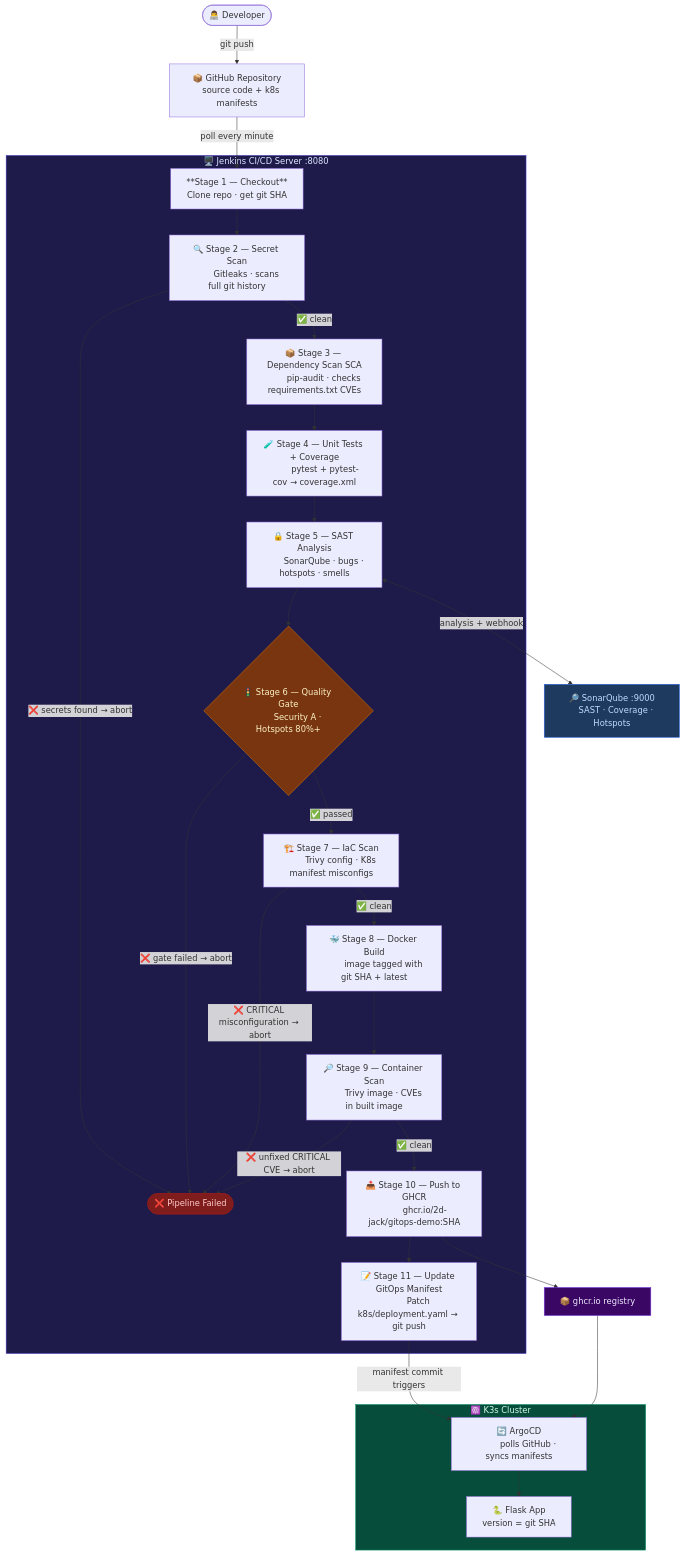
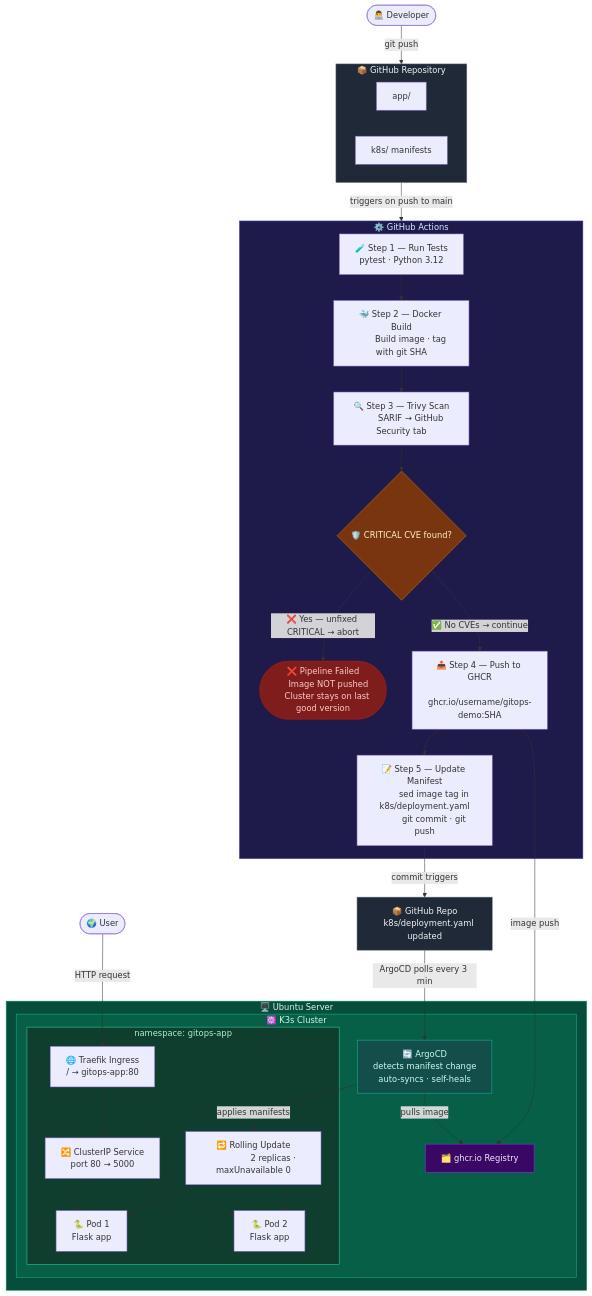
One commit to 2d-jack/gitops-demo changed the diagram in README.md. Above: the diagram before and after it, drawn with Mermaid. The commit also changed other lines of this file, not shown here.

Commit message:
Refactor README for DevOps terminology and flowchart

````diff
--- a/README.md
+++ b/README.md
@@ -6,94 +6,94 @@
     DEV([👨‍💻 Developer])
     DEV -->|git push| GH
 
-    GH["📦 GitHub Repository
-    source code + k8s manifests"]
-
-    GH -->|poll every minute| J1
-
-    subgraph JENKINS ["🖥️ Jenkins CI/CD Server :8080"]
-        J1["**Stage 1 — Checkout**
-        Clone repo · get git SHA"]
-
-        J1 --> J2
-
-        J2["🔍 Stage 2 — Secret Scan
-        Gitleaks · scans full git history"]
-
-        J2 -->|❌ secrets found → abort| FAIL
-        J2 -->|✅ clean| J3
-
-        J3["📦 Stage 3 — Dependency Scan SCA
-        pip-audit · checks requirements.txt CVEs"]
-
-        J3 --> J4
-
-        J4["🧪 Stage 4 — Unit Tests + Coverage
-        pytest + pytest-cov → coverage.xml"]
-
-        J4 --> J5
-
-        J5["🔒 Stage 5 — SAST Analysis
-        SonarQube · bugs · hotspots · smells"]
-
-        J5 --> J6
-
-        J6{"🚦 Stage 6 — Quality Gate
-        Security A · Hotspots 80%+"}
-
-        J6 -->|❌ gate failed → abort| FAIL
-        J6 -->|✅ passed| J7
-
-        J7["🏗️ Stage 7 — IaC Scan
-        Trivy config · K8s manifest misconfigs"]
-
-        J7 -->|❌ CRITICAL misconfiguration → abort| FAIL
-        J7 -->|✅ clean| J8
-
-        J8["🐳 Stage 8 — Docker Build
-        image tagged with git SHA + latest"]
-
-        J8 --> J9
-
-        J9["🔎 Stage 9 — Container Scan
-        Trivy image · CVEs in built image"]
-
-        J9 -->|❌ unfixed CRITICAL CVE → abort| FAIL
-        J9 -->|✅ clean| J10
-
-        J10["📤 Stage 10 — Push to GHCR
-        ghcr.io/2d-jack/gitops-demo:SHA"]
-
-        J10 --> J11
-
-        J11["📝 Stage 11 — Update GitOps Manifest
-        Patch k8s/deployment.yaml → git push"]
+    subgraph GH ["📦 GitHub Repository"]
+        APP["app/"]
+        K8S["k8s/ manifests"]
     end
 
-    FAIL(["❌ Pipeline Failed"])
+    GH -->|triggers on push to main| CI
 
-    J5 <-->|analysis + webhook| SQ
+    subgraph CI ["⚙️ GitHub Actions"]
+        S1["🧪 Step 1 — Run Tests
+        pytest · Python 3.12"]
 
-    SQ["🔎 SonarQube :9000
-    SAST · Coverage · Hotspots"]
+        S1 --> S2
 
-    J11 -->|manifest commit triggers| ARGO
+        S2["🐳 Step 2 — Docker Build
+        Build image · tag with git SHA"]
 
-    subgraph K3S ["☸️ K3s Cluster"]
-        ARGO["🔄 ArgoCD
-        polls GitHub · syncs manifests"]
-        ARGO --> APP
-        APP["🐍 Flask App
-        version = git SHA"]
+        S2 --> S3
+
+        S3["🔍 Step 3 — Trivy Scan
+        SARIF → GitHub Security tab"]
+
+        S3 --> S4
+
+        S4{"🛡️ CRITICAL CVE found?"}
+
+        S4 -->|❌ Yes — unfixed CRITICAL → abort| FAIL
+        S4 -->|✅ No CVEs → continue| S5
+
+        S5["📤 Step 4 — Push to GHCR
+        ghcr.io/username/gitops-demo:SHA"]
+
+        S5 --> S6
+
+        S6["📝 Step 5 — Update Manifest
+        sed image tag in k8s/deployment.yaml
+        git commit · git push"]
     end
 
-    J10 --> GHCR["📦 ghcr.io registry"]
-    GHCR --> ARGO
+    FAIL(["❌ Pipeline Failed
+    Image NOT pushed
+    Cluster stays on last good version"])
+
+    S6 -->|commit triggers| GH2
+
+    GH2["📦 GitHub Repo
+    k8s/deployment.yaml updated"]
+
+    GH2 -->|ArgoCD polls every 3 min| ARGO
+
+    S5 -->|image push| GHCR["🗂️ ghcr.io Registry"]
+
+    subgraph K3S ["🖥️ Ubuntu Server"]
+        subgraph CLUSTER ["☸️ K3s Cluster"]
+            ARGO["🔄 ArgoCD
+            detects manifest change
+            auto-syncs · self-heals"]
+
+            ARGO -->|pulls image| GHCR
+            ARGO -->|applies manifests| DEP
+
+            subgraph NS ["namespace: gitops-app"]
+                DEP["🔁 Rolling Update
+                2 replicas · maxUnavailable 0"]
+                DEP --> POD1["🐍 Pod 1
+                Flask app"]
+                DEP --> POD2["🐍 Pod 2
+                Flask app"]
+                SVC["🔀 ClusterIP Service
+                port 80 → 5000"]
+                ING["🌐 Traefik Ingress
+                / → gitops-app:80"]
+                ING --> SVC
+                SVC --> POD1
+                SVC --> POD2
+            end
+        end
+    end
+
+    USER([🌍 User]) -->|HTTP request| ING
 
     style FAIL fill:#7f1d1d,color:#fecaca,stroke:#991b1b
-    style JENKINS fill:#1e1b4b,color:#e0e7ff,stroke:#4338ca
+    style CI fill:#1e1b4b,color:#e0e7ff,stroke:#4338ca
     style K3S fill:#064e3b,color:#d1fae5,stroke:#059669
-    style SQ fill:#1e3a5f,color:#bfdbfe,stroke:#2563eb
-    style J6 fill:#78350f,color:#fef3c7,stroke:#d97706
+    style CLUSTER fill:#065f46,color:#d1fae5,stroke:#10b981
+    style NS fill:#0f3d2e,color:#a7f3d0,stroke:#34d399
+    style GH fill:#1f2937,color:#f3f4f6,stroke:#6b7280
+    style GH2 fill:#1f2937,color:#f3f4f6,stroke:#6b7280
     style GHCR fill:#3b0764,color:#ede9fe,stroke:#7c3aed
+    style S4 fill:#78350f,color:#fef3c7,stroke:#d97706
+    style ARGO fill:#134e4a,color:#ccfbf1,stroke:#14b8a6
 ```
````
